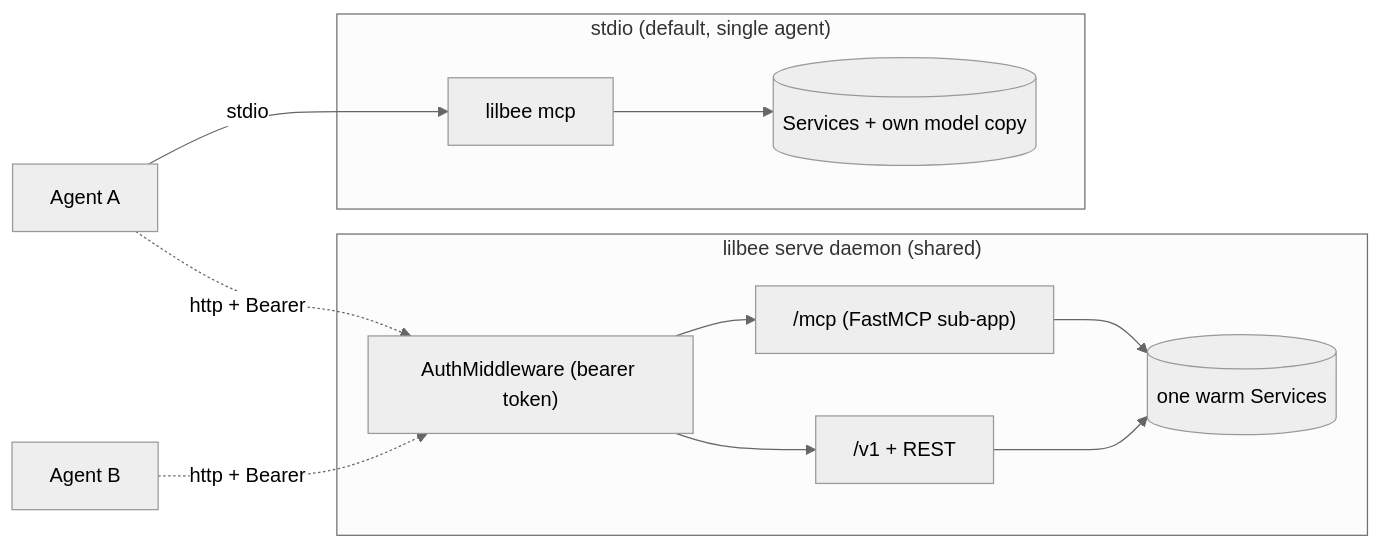
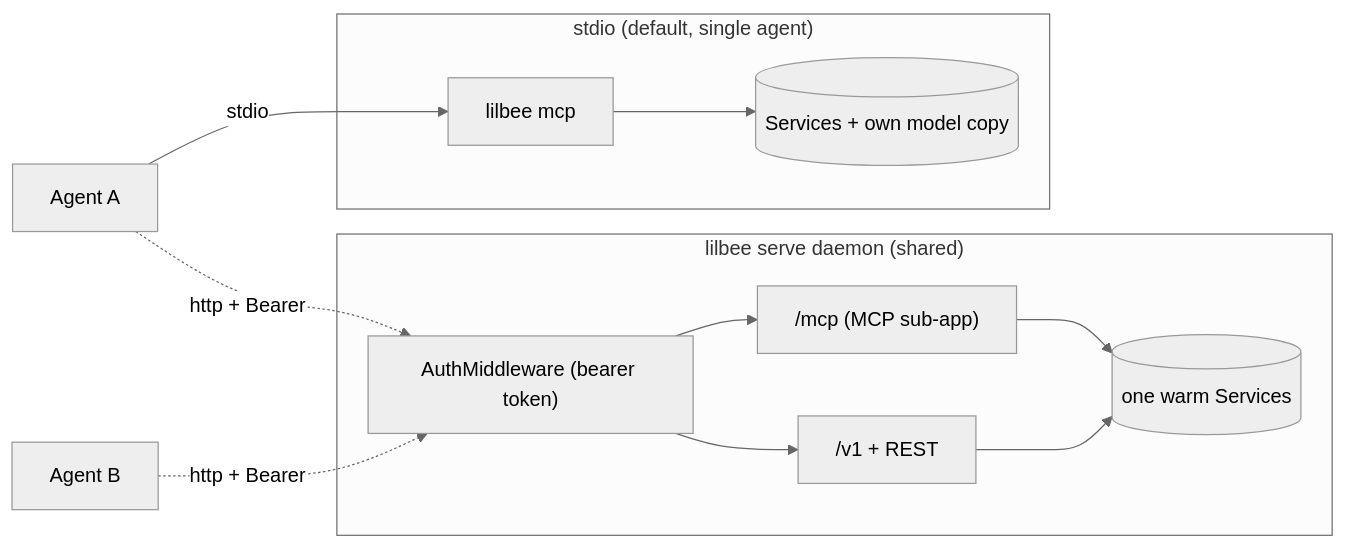
One commit to tobocop2/lilbee changed diagram 13 of 15 in docs/architecture.md. Above: the diagram before and after it, drawn with Mermaid (neutral theme). The commit also changed other lines of this file and 25 other files, not shown here.

````diff
--- a/docs/architecture.md
+++ b/docs/architecture.md
@@ -1274,26 +1274,26 @@
 ```mermaid
 flowchart LR
     A1[Agent A]
     A2[Agent B]
 
     subgraph stdio["stdio (default, single agent)"]
         M1["lilbee mcp"]
         S1[(Services + own model copy)]
         M1 --> S1
     end
 
     subgraph daemon["lilbee serve daemon (shared)"]
         AUTH["AuthMiddleware (bearer token)"]
-        MCPSUB["/mcp (FastMCP sub-app)"]
+        MCPSUB["/mcp (MCP sub-app)"]
         REST["/v1 + REST"]
         SVC[(one warm Services)]
         AUTH --> MCPSUB
         AUTH --> REST
         MCPSUB --> SVC
         REST --> SVC
     end
 
     A1 -->|stdio| M1
     A1 -.->|http + Bearer| AUTH
     A2 -.->|http + Bearer| AUTH
 ```
````
